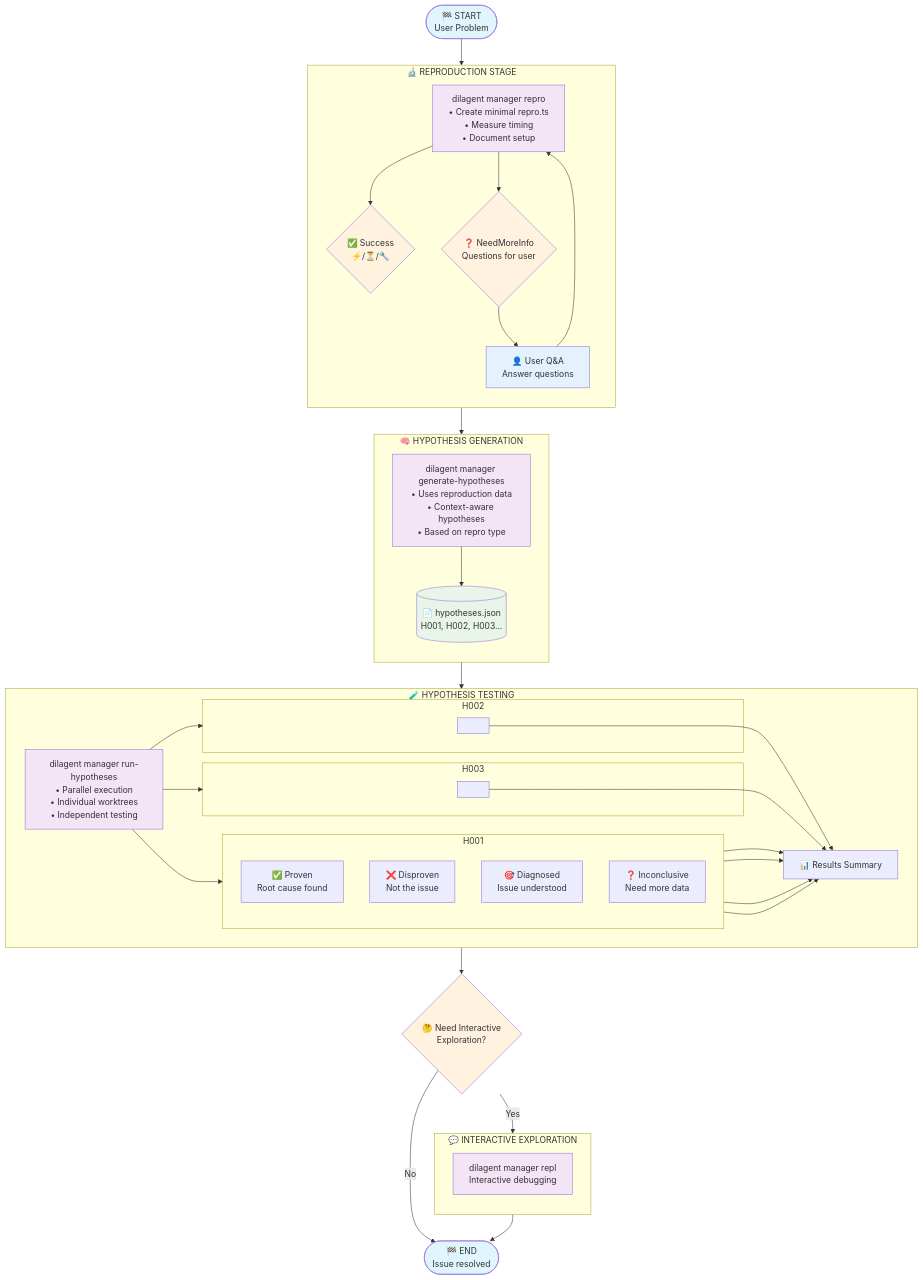
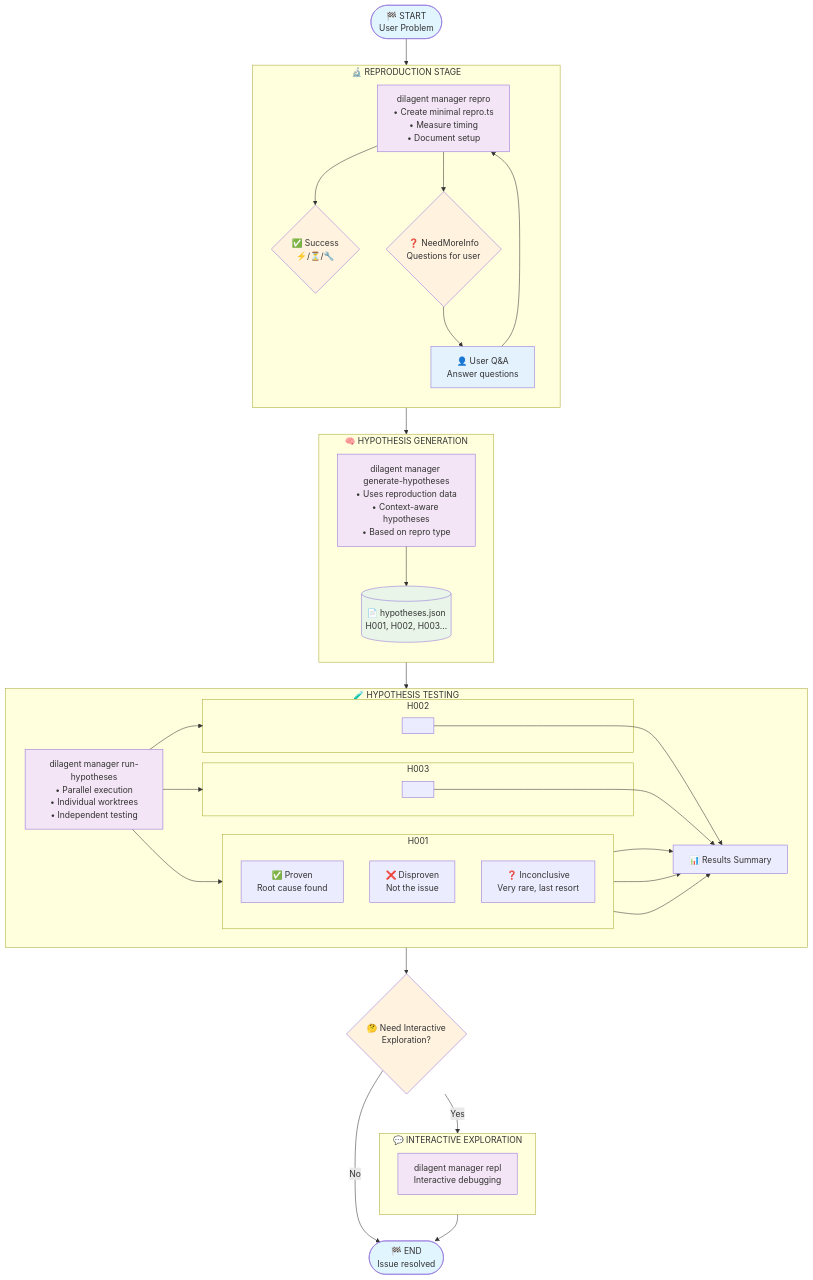
One commit to schickling/dilagent changed the diagram in diagrams/manager-flow.mmd. Above: the diagram before and after it, drawn with Mermaid. The commit also changed 39 other files, not shown here.

First line of the commit message:
Implement comprehensive service architecture for dilagent CLI

```diff
--- a/diagrams/manager-flow.mmd
+++ b/diagrams/manager-flow.mmd
@@ -1,87 +1,85 @@
 flowchart TD
     Start([🏁 START<br/>User Problem]) --> ReproContainer
     
     subgraph ReproContainer ["🔬 REPRODUCTION STAGE"]
         direction TB
         Repro["dilagent manager repro<br/>• Create minimal repro.ts<br/>• Measure timing<br/>• Document setup"]
         
         Repro --> Success{✅ Success<br/>⚡/⏳/🔧}
         Repro --> NeedInfo{❓ NeedMoreInfo<br/>Questions for user}
         
         NeedInfo --> UserQA[👤 User Q&A<br/>Answer questions]
         UserQA --> Repro
     end
     
     subgraph HypoGenContainer ["🧠 HYPOTHESIS GENERATION"]
         direction TB
         HypothesisGen["dilagent manager generate-hypotheses<br/>• Uses reproduction data<br/>• Context-aware hypotheses<br/>• Based on repro type"]
         
         HypothesesFile[(📄 hypotheses.json<br/>H001, H002, H003...)]
         
         HypothesisGen --> HypothesesFile
     end
     
     subgraph HypoTestContainer ["🧪 HYPOTHESIS TESTING"]
         direction LR
         Testing["dilagent manager run-hypotheses<br/>• Parallel execution<br/>• Individual worktrees<br/>• Independent testing"]
         
         subgraph H001Container ["H001"]
             direction TB
             H001Proven[✅ Proven<br/>Root cause found]
             H001Disproven[❌ Disproven<br/>Not the issue]
-            H001Diagnosed[🎯 Diagnosed<br/>Issue understood]
-            H001Inconclusive[❓ Inconclusive<br/>Need more data]
+            H001Inconclusive[❓ Inconclusive<br/>Very rare, last resort]
         end
         
         subgraph H002Container ["H002"]
             H002[" "]
         end
         
         subgraph H003Container ["H003"]
             H003[" "]
         end
         
         Testing --> H001Container
         Testing --> H002Container
         Testing --> H003Container
         
         Results[📊 Results Summary]
         H001Proven --> Results
         H001Disproven --> Results
-        H001Diagnosed --> Results
         H001Inconclusive --> Results
         H002 --> Results
         H003 --> Results
     end
     
     subgraph REPLContainer ["💬 INTERACTIVE EXPLORATION"]
         direction TB
         REPL["dilagent manager repl<br/>Interactive debugging"]
     end
     
     Success --> HypothesisGen
     HypothesesFile --> Testing
     
     Results --> OptionalREPL{🤔 Need Interactive<br/>Exploration?}
     OptionalREPL -->|Yes| REPL
     OptionalREPL -->|No| End([🏁 END<br/>Issue resolved])
     
     REPL --> End
     
     
     %% Styling
     classDef startEnd fill:#e1f5fe
     classDef process fill:#f3e5f5
     classDef decision fill:#fff3e0
     classDef data fill:#e8f5e8
     classDef success fill:#c8e6c9
     classDef error fill:#ffcdd2
     classDef info fill:#e3f2fd
     
     class Start,End startEnd
     class Repro,HypothesisGen,Testing,REPL,All process
     class Success,Failed,NeedInfo,OptionalREPL decision
     class HypothesesFile data
     class Proven,Diagnosed success
     class Disproven,Failed error
     class UserQA,FallbackHypothesis info
```
